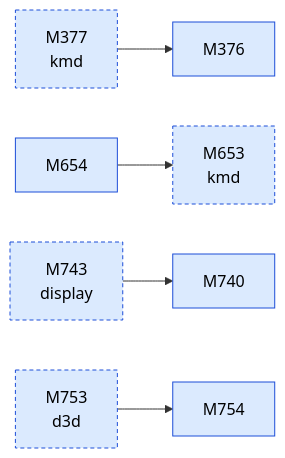
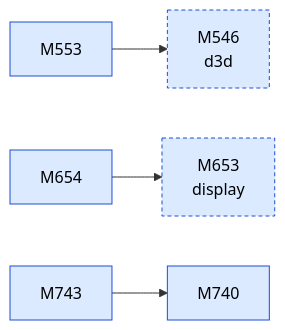
The second of 2 diagrams in docs/facts/graphs/tooling.md (D-Ogi/amdgpu-wddm), drawn with Mermaid before and after one commit. The commit also changed other lines of this file and 27 other files, not shown here.

````diff
--- a/docs/facts/graphs/tooling.md
+++ b/docs/facts/graphs/tooling.md
@@ -31,21 +31,18 @@
 ```mermaid
 flowchart LR
-  M376["M376"]:::MEASURED
-  M377["M377<br/>kmd"]:::MEASURED
-  M653["M653<br/>kmd"]:::MEASURED
+  M546["M546<br/>d3d"]:::MEASURED
+  M553["M553"]:::MEASURED
+  M653["M653<br/>display"]:::MEASURED
   M654["M654"]:::MEASURED
   M740["M740"]:::MEASURED
-  M743["M743<br/>display"]:::MEASURED
-  M753["M753<br/>d3d"]:::MEASURED
-  M754["M754"]:::MEASURED
-  M377 --> M376
+  M743["M743"]:::MEASURED
+  M553 --> M546
+  M654 --> M653
   M743 --> M740
-  M753 --> M754
-  M654 --> M653
   classDef HYPOTHESIS fill:#fff3c4,stroke:#9a7b00,color:#000
   classDef MEASURED fill:#dbeafe,stroke:#1d4ed8,color:#000
   classDef CONFIRMED fill:#d1fae5,stroke:#047857,color:#000
   classDef REFUTED fill:#fee2e2,stroke:#b91c1c,color:#000
   classDef other stroke-dasharray:4 3
-  class M377,M653,M743,M753 other
+  class M546,M653 other
 ```
````
